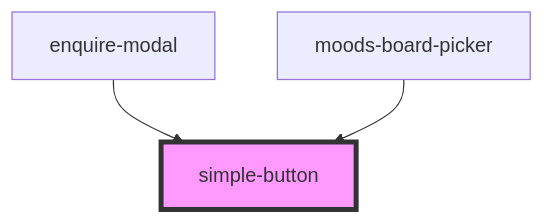
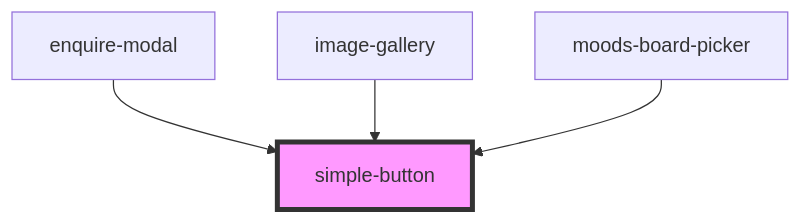
One commit to the-design-release/leibal-components changed the diagram in src/components/simple-button/readme.md. Above: the diagram before and after it, drawn with Mermaid. The commit also changed other lines of this file and 87 other files, not shown here.

````diff
--- a/src/components/simple-button/readme.md
+++ b/src/components/simple-button/readme.md
@@ -25,6 +26,7 @@
 ```mermaid
 graph TD;
   enquire-modal --> simple-button
+  image-gallery --> simple-button
   moods-board-picker --> simple-button
   style simple-button fill:#f9f,stroke:#333,stroke-width:4px
 ```
````
